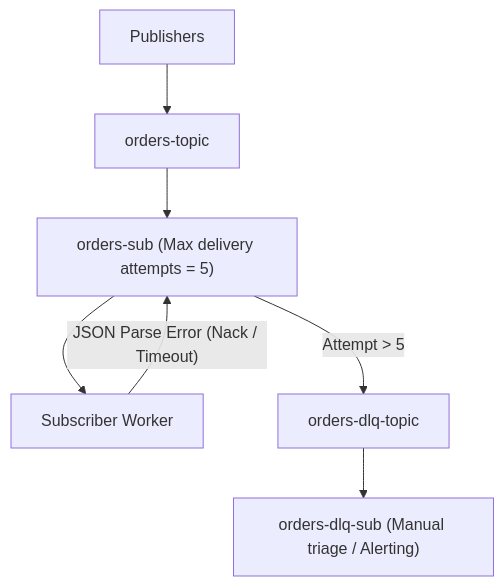
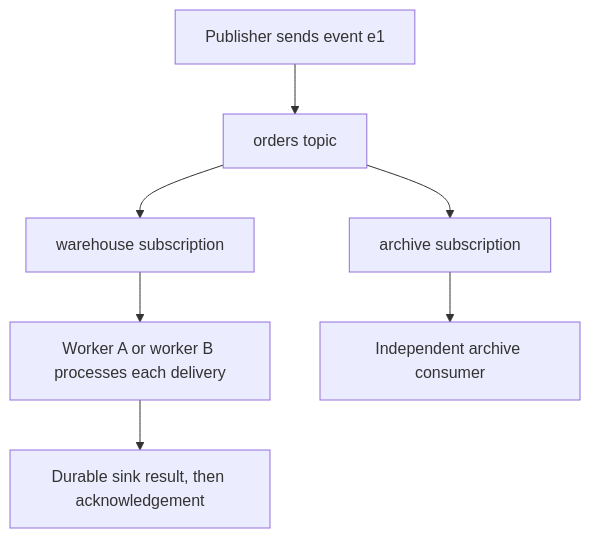
The diagram in docs/lessons/0005-pubsub-architecture-flow-control.md (Rohit1024/data-engineer), drawn with Mermaid before and after one commit. The commit also changed other lines of this file and 60 other files, not shown here.

````diff
--- a/docs/lessons/0005-pubsub-architecture-flow-control.md
+++ b/docs/lessons/0005-pubsub-architecture-flow-control.md
@@ -48,9 +11,9 @@
-``` mermaid
+```mermaid
 flowchart TD
-    Pub["Publishers"] --> MainTopic["orders-topic"]
-    MainTopic --> MainSub["orders-sub (Max delivery attempts = 5)"]
-    MainSub --> Worker["Subscriber Worker"]
-    Worker -- "JSON Parse Error (Nack / Timeout)" --> MainSub
-    MainSub -->|"Attempt > 5"| DLQTopic["orders-dlq-topic"]
-    DLQTopic --> DLQSub["orders-dlq-sub (Manual triage / Alerting)"]
+    A["Publisher sends event e1"] --> B["orders topic"]
+    B --> C["warehouse subscription"]
+    B --> D["archive subscription"]
+    C --> E["Worker A or worker B processes each delivery"]
+    D --> F["Independent archive consumer"]
+    E --> G["Durable sink result, then acknowledgement"]
 ```
````
